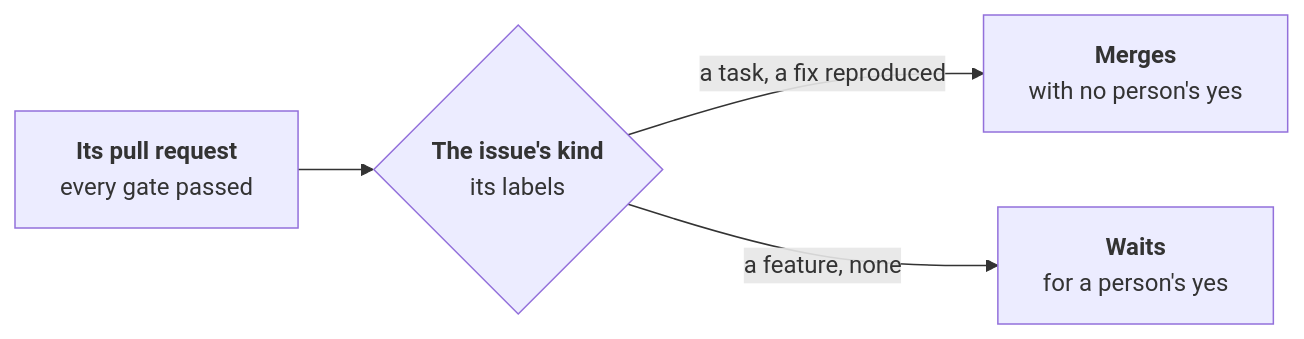
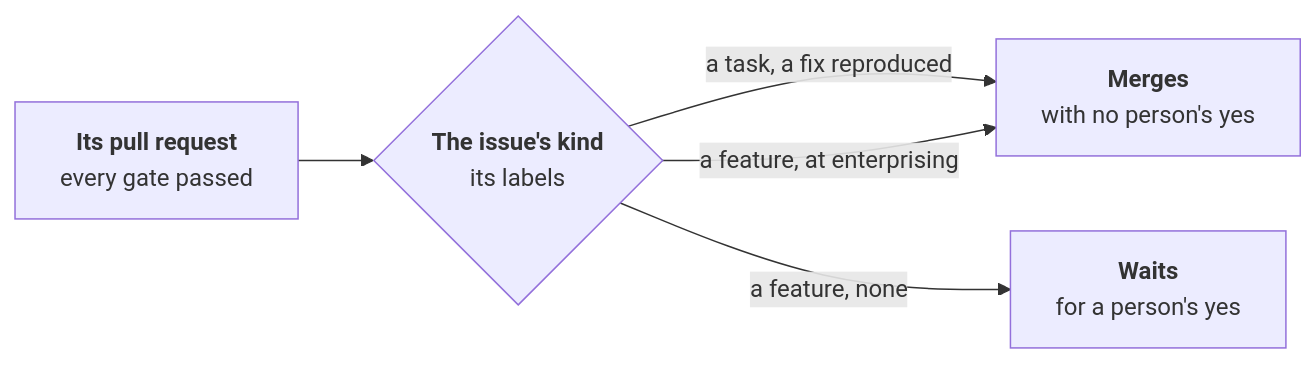
The diagram in roles/developer/docs/merge.md (JN0V/workline), drawn with Mermaid before and after one commit. The commit also changed other lines of this file and 13 other files, not shown here.

````diff
--- a/roles/developer/docs/merge.md
+++ b/roles/developer/docs/merge.md
@@ -11,10 +12,11 @@
 ```mermaid
 flowchart LR
   pr["<b>Its pull request</b><br/>every gate passed"]
   kind{"<b>The issue's kind</b><br/>its labels"}
   alone["<b>Merges</b><br/>with no person's yes"]
   person["<b>Waits</b><br/>for a person's yes"]
   pr --> kind
   kind -- "a task, a fix reproduced" --> alone
+  kind -- "a feature, at enterprising" --> alone
   kind -- "a feature, none" --> person
 ```
````
